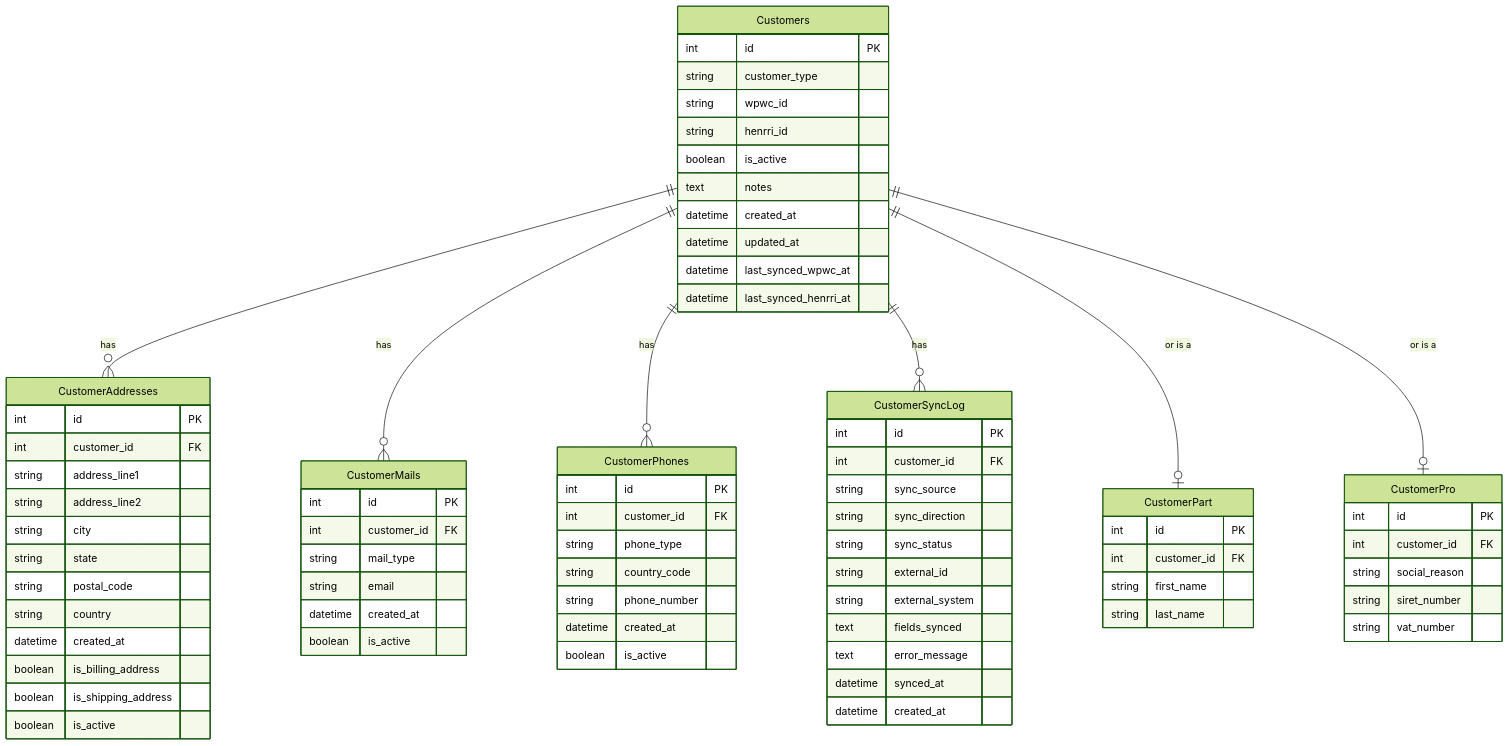
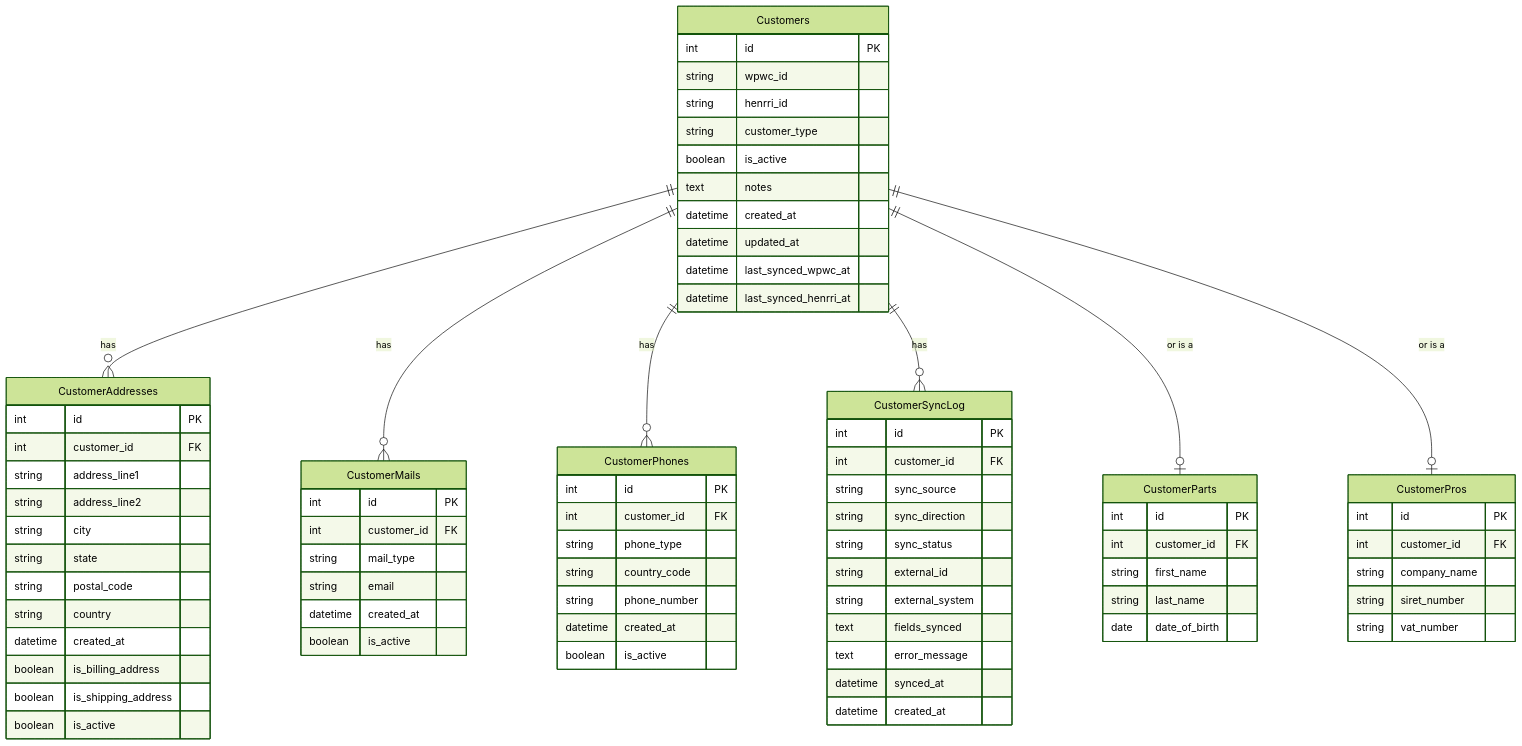
One commit to remiv1/sauvetage changed the diagram in documentations/databases/customers.md. Above: the diagram before and after it, drawn with Mermaid (forest theme). The commit also changed 5 other files, not shown here.

````diff
--- a/documentations/databases/customers.md
+++ b/documentations/databases/customers.md
@@ -3,80 +3,81 @@
 ```mermaid
 erDiagram
     Customers {
         int id PK
-        string customer_type
         string wpwc_id
         string henrri_id
+        string customer_type
         boolean is_active
         text notes
         datetime created_at
         datetime updated_at
         datetime last_synced_wpwc_at
         datetime last_synced_henrri_at
     }
-    CustomerPart {
+    CustomerParts {
         int id PK
         int customer_id FK
         string first_name
         string last_name
+        date date_of_birth
     }
-    CustomerPro {
+    CustomerPros {
         int id PK
         int customer_id FK
-        string social_reason
+        string company_name
         string siret_number
         string vat_number
     }
     CustomerAddresses {
         int id PK
         int customer_id FK
         string address_line1
         string address_line2
         string city
         string state
         string postal_code
         string country
         datetime created_at
         boolean is_billing_address
         boolean is_shipping_address
         boolean is_active
     }
     CustomerMails {
         int id PK
         int customer_id FK
         string mail_type
         string email
         datetime created_at
         boolean is_active
     }
     CustomerPhones {
         int id PK
         int customer_id FK
         string phone_type
         string country_code
         string phone_number
         datetime created_at
         boolean is_active
     }
     CustomerSyncLog {
         int id PK
         int customer_id FK
         string sync_source
         string sync_direction
         string sync_status
         string external_id
         string external_system
         text fields_synced
         text error_message
         datetime synced_at
         datetime created_at
     }
 
     %% Relations
     Customers ||--o{ CustomerAddresses : "has"
     Customers ||--o{ CustomerMails : "has"
     Customers ||--o{ CustomerPhones : "has"
     Customers ||--o{ CustomerSyncLog : "has"
-    Customers ||--o| CustomerPart : "or is a"
-    Customers ||--o| CustomerPro : "or is a"
+    Customers ||--o| CustomerParts : "or is a"
+    Customers ||--o| CustomerPros : "or is a"
 ```
````
